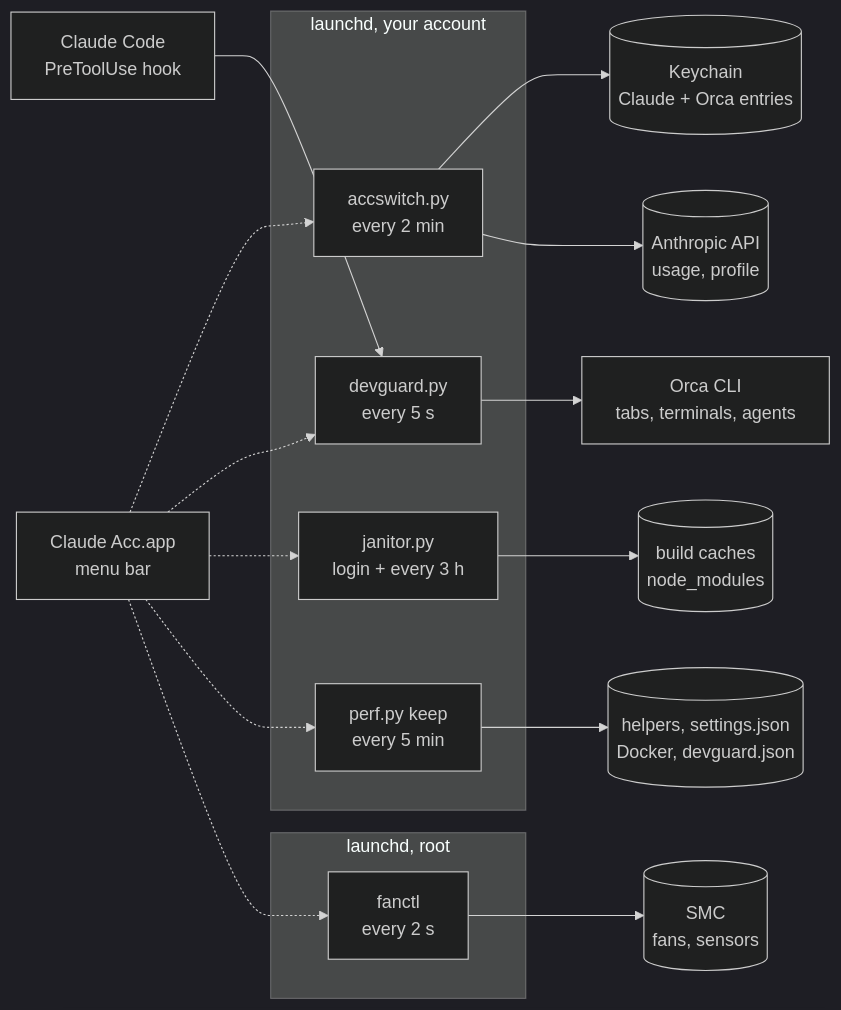
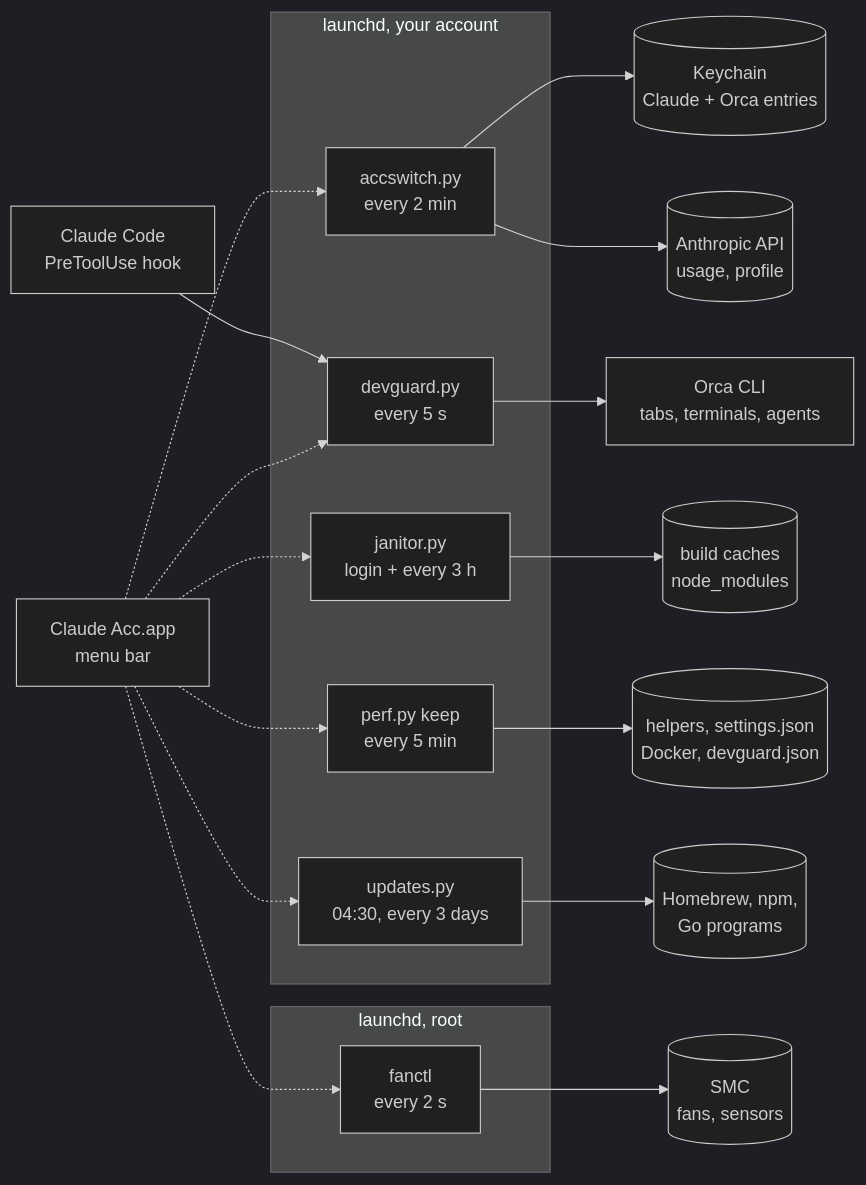
The diagram in README.md (outof-place/claude-acc), drawn with Mermaid (dark theme) before and after one commit. The commit also changed other lines of this file and 16 other files, not shown here.

Commit message:
feat: update Homebrew, npm and Go packages every 3 days

````diff
--- a/README.md
+++ b/README.md
@@ -56,27 +57,30 @@
 ```mermaid
 flowchart LR
     app["Claude Acc.app<br/>menu bar"]
     subgraph user["launchd, your account"]
         tick["accswitch.py<br/>every 2 min"]
         guard["devguard.py<br/>every 5 s"]
         janitor["janitor.py<br/>login + every 3 h"]
         perf["perf.py keep<br/>every 5 min"]
+        updates["updates.py<br/>04:30, every 3 days"]
     end
     subgraph root["launchd, root"]
         fans["fanctl<br/>every 2 s"]
     end
     hook["Claude Code<br/>PreToolUse hook"]
     keychain[("Keychain<br/>Claude + Orca entries")]
     api[("Anthropic API<br/>usage, profile")]
     orca["Orca CLI<br/>tabs, terminals, agents"]
     disk[("build caches<br/>node_modules")]
     tuned[("helpers, settings.json<br/>Docker, devguard.json")]
     smc[("SMC<br/>fans, sensors")]
-    app -.-> tick & guard & janitor & perf & fans
+    pkgs[("Homebrew, npm,<br/>Go programs")]
+    app -.-> tick & guard & janitor & perf & fans & updates
     tick --> keychain & api
     guard --> orca
     janitor --> disk
     perf --> tuned
+    updates --> pkgs
     fans --> smc
     hook --> guard
 ```
````
